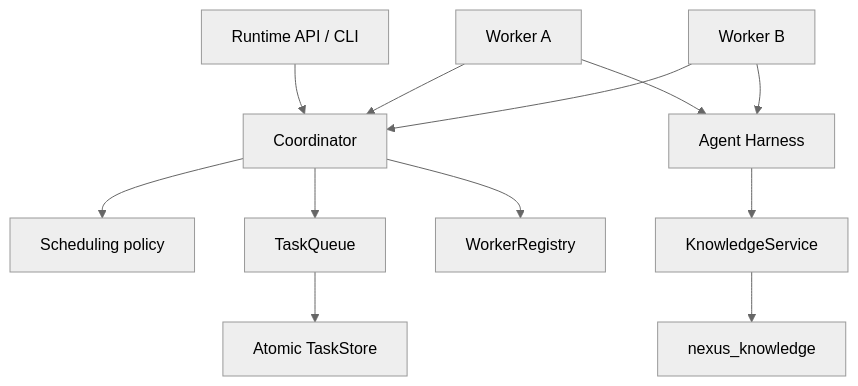
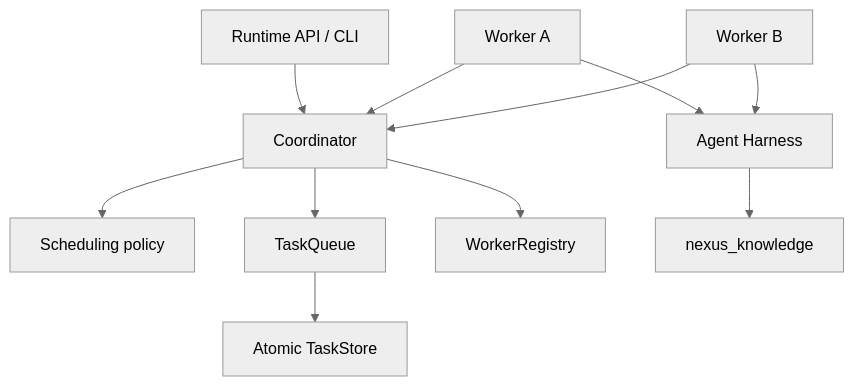
One commit to Project-Nexus-YR/NEXUS changed the diagram in docs/distributed-runtime.md. Above: the diagram before and after it, drawn with Mermaid (neutral theme). The commit also changed 10 other files, not shown here.

````diff
--- a/docs/distributed-runtime.md
+++ b/docs/distributed-runtime.md
@@ -8,14 +8,13 @@
 ```mermaid
 flowchart TD
     API["Runtime API / CLI"] --> C["Coordinator"]
     C --> S["Scheduling policy"]
     C --> Q["TaskQueue"]
     Q --> TS["Atomic TaskStore"]
     C --> WR["WorkerRegistry"]
     W1["Worker A"] --> C
     W2["Worker B"] --> C
     W1 --> H["Agent Harness"]
     W2 --> H
-    H --> KS["KnowledgeService"]
-    KS --> K["nexus_knowledge"]
+    H --> K["nexus_knowledge"]
 ```
````
